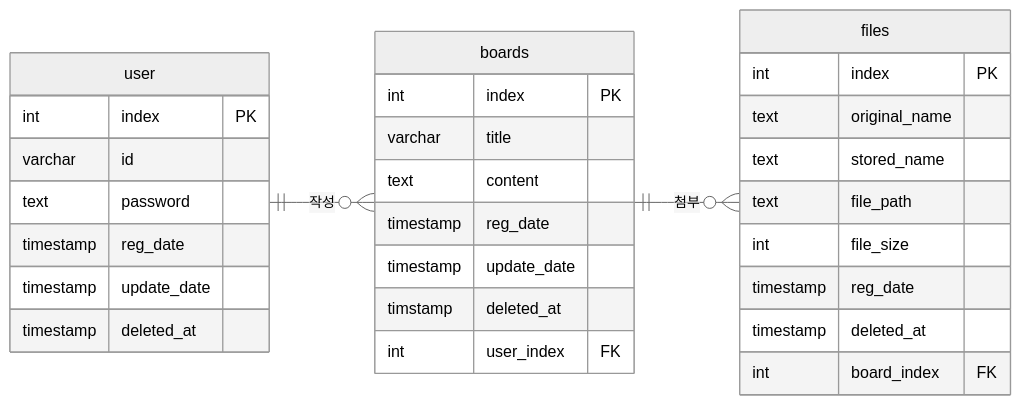
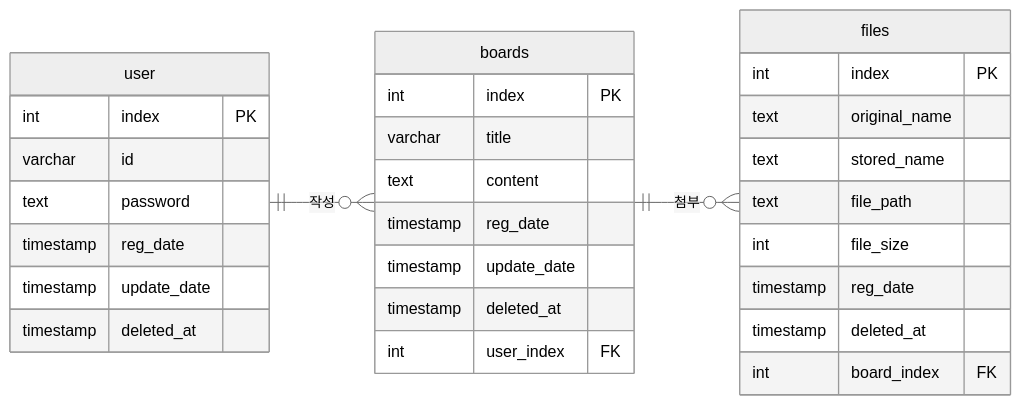
One commit to Tae-Geon-Kim/FastAPI-Community-Backend changed the diagram in docs/db_table.md. Above: the diagram before and after it, drawn with Mermaid (neutral theme). The commit also changed 1 other file, not shown here.

Commit message:
docs: README 수정 및 view_count 추가된 칼럼 반영

````diff
--- a/docs/db_table.md
+++ b/docs/db_table.md
@@ -1,36 +1,35 @@
 ```mermaid
 erDiagram
     direction LR
     user {
-        int index PK ""  
-        varchar id  ""  
-        text password  ""  
-        timestamp reg_date  ""  
-        timestamp update_date  ""  
-        timestamp deleted_at  ""  
+        int index PK
+        varchar id
+        text password
+        timestamp reg_date
+        timestamp update_date
+        timestamp deleted_at
     }
 
     boards {
-        int index PK ""  
-        varchar title  ""  
-        text content  ""  
-        timestamp reg_date  ""  
-        timestamp update_date  ""  
-        timstamp deleted_at  ""  
-        int user_index FK ""  
+        int index PK
+        varchar title
+        text content
+        timestamp reg_date
+        timestamp update_date
+        timestamp deleted_at
+        int user_index FK
     }
 
     files {
-        int index PK ""  
-        text original_name  ""  
-        text stored_name  ""  
-        text file_path  ""  
-        int file_size  ""  
-        timestamp reg_date  ""  
-        timestamp deleted_at  ""  
-        int board_index FK ""  
+        int index PK
+        text original_name
+        text stored_name
+        text file_path
+        int file_size
+        timestamp reg_date
+        timestamp deleted_at
+        int board_index FK
     }
-
-    user||--o{boards:"작성"
-    boards||--o{files: "첨부"
+    user ||--o{ boards : "작성"
+    boards ||--o{ files : "첨부"
 ```
````
